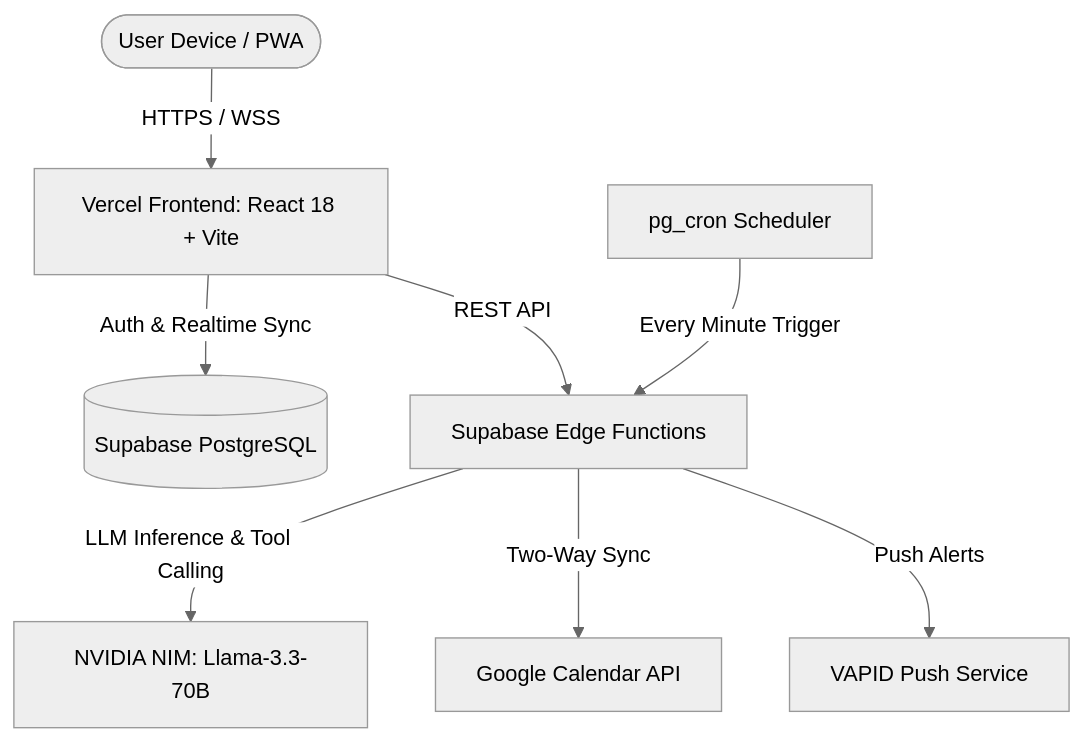
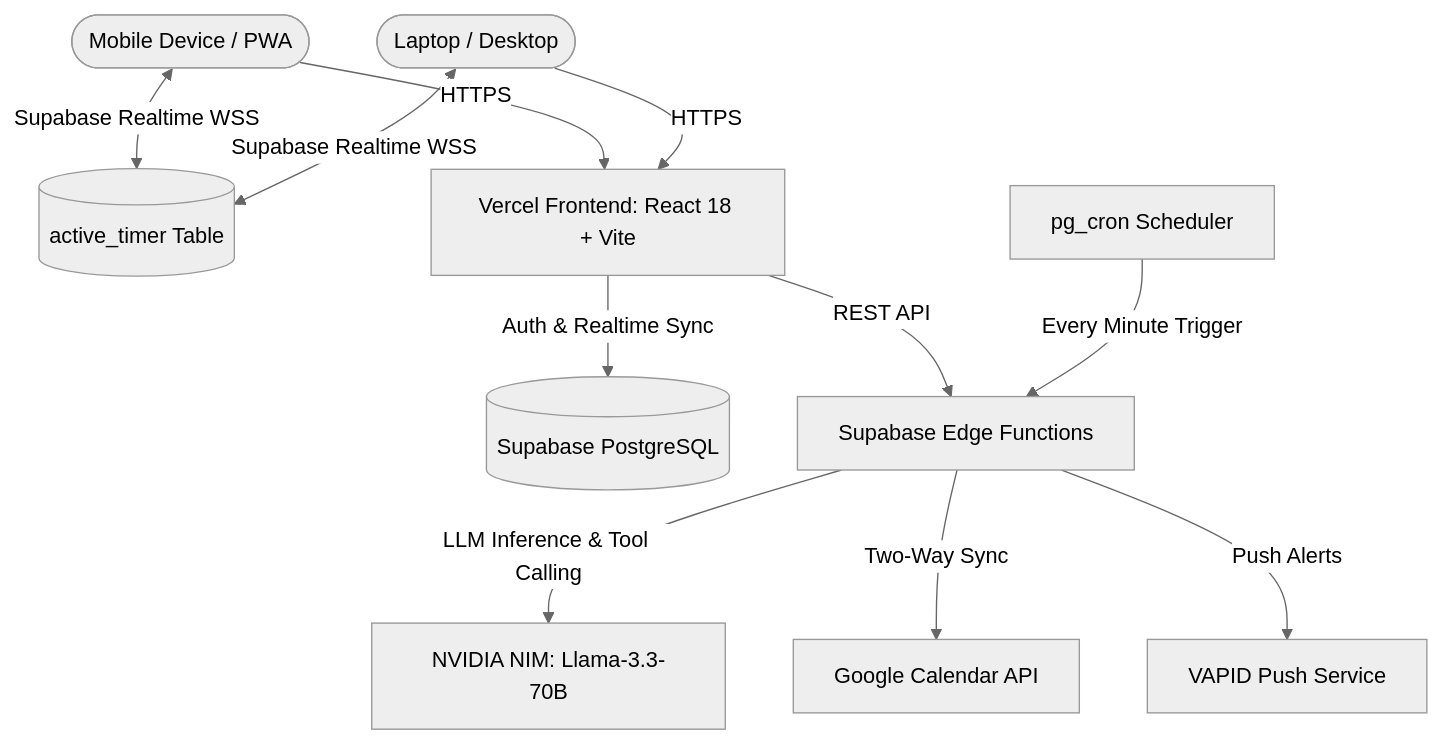
One commit to Waelkun/tanzeem changed the diagram in README.md. Above: the diagram before and after it, drawn with Mermaid (neutral theme). The commit also changed other lines of this file and 2 other files, not shown here.

Commit message:
docs: showcase internal timer and dashboard screenshots, deep dive into background & multi-device timer sync

````diff
--- a/README.md
+++ b/README.md
@@ -51,10 +76,13 @@
 ```mermaid
 flowchart TD
-    User([User Device / PWA]) -->|HTTPS / WSS| Vercel[Vercel Frontend: React 18 + Vite]
+    UserDevice1([Mobile Device / PWA]) <-->|Supabase Realtime WSS| SupabaseTimer[(active_timer Table)]
+    UserDevice2([Laptop / Desktop]) <-->|Supabase Realtime WSS| SupabaseTimer
+    UserDevice1 -->|HTTPS| Vercel[Vercel Frontend: React 18 + Vite]
+    UserDevice2 -->|HTTPS| Vercel
     Vercel -->|Auth & Realtime Sync| SupabaseDB[(Supabase PostgreSQL)]
     Vercel -->|REST API| EdgeFunctions[Supabase Edge Functions]
     EdgeFunctions -->|LLM Inference & Tool Calling| NvidiaNIM[NVIDIA NIM: Llama-3.3-70B]
     EdgeFunctions -->|Two-Way Sync| GoogleCal[Google Calendar API]
     Cron[pg_cron Scheduler] -->|Every Minute Trigger| EdgeFunctions
     EdgeFunctions -->|Push Alerts| WebPush[VAPID Push Service]
 ```
````
